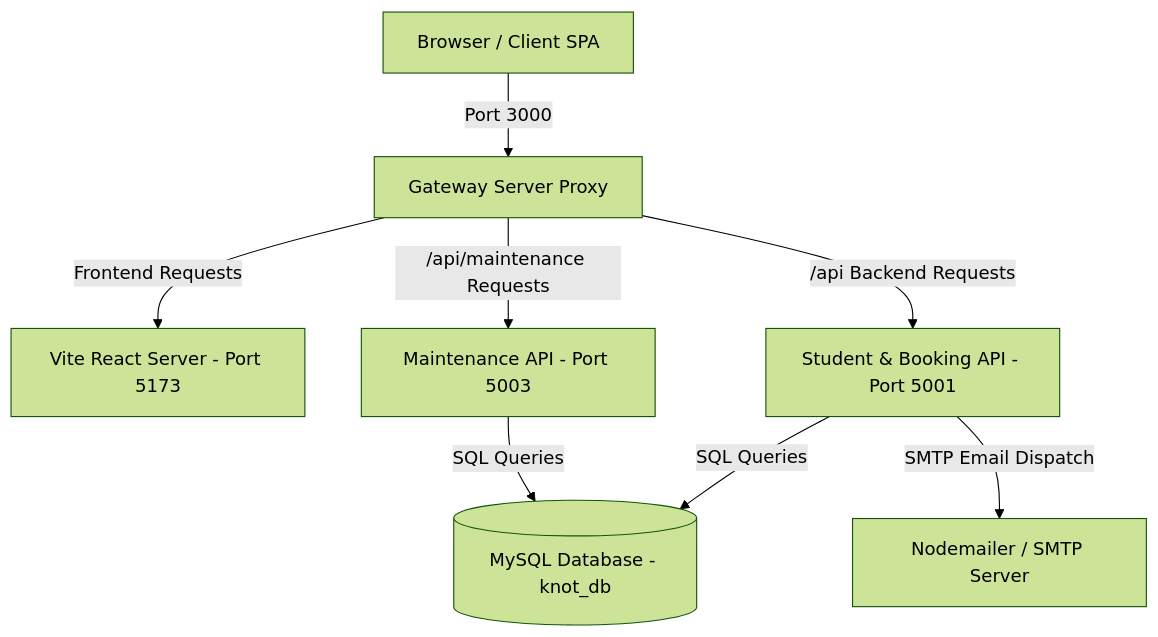
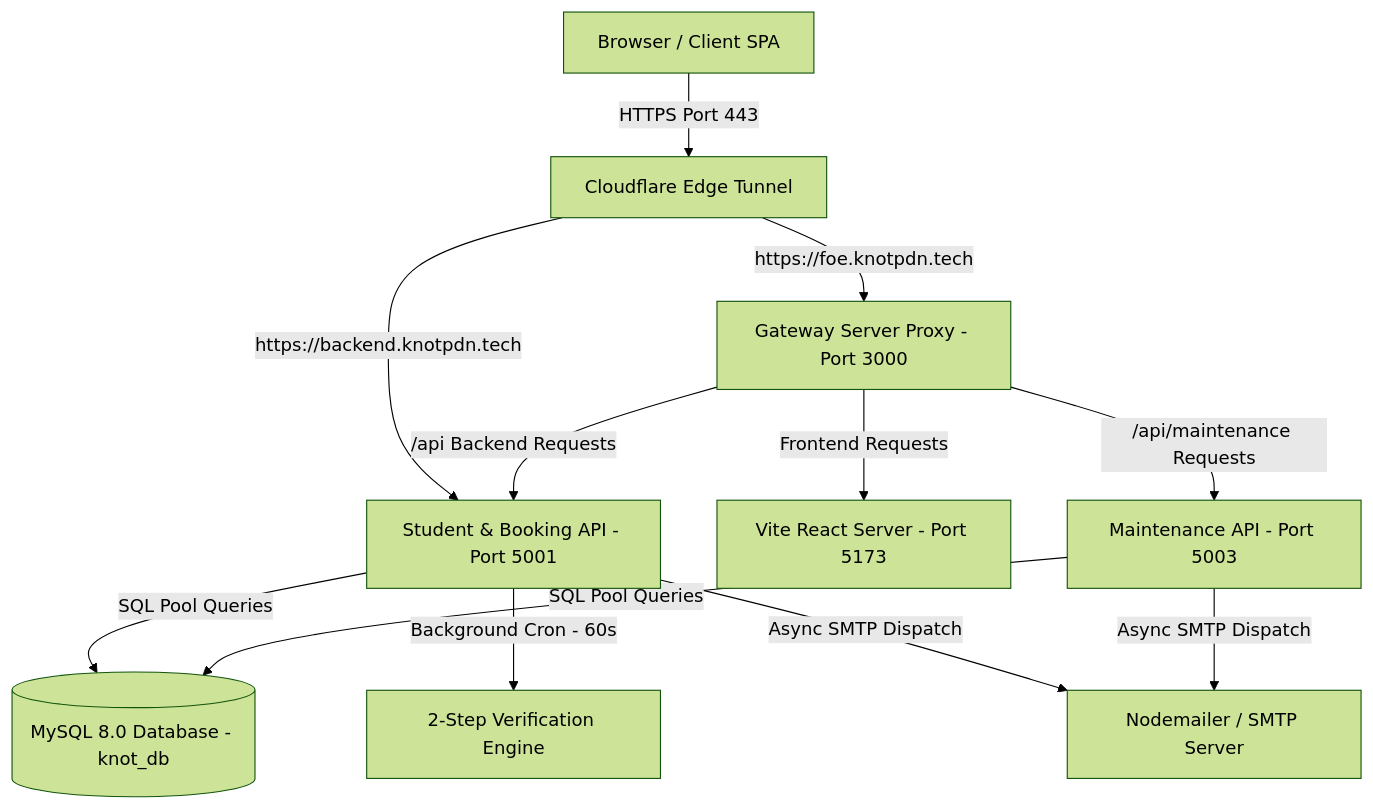
One commit to Agent-X237/e22-co2060-Project-KNOT changed the first of 5 diagrams in docs/DEVELOPER_GUIDE.md. Above: the diagram before and after it, drawn with Mermaid (forest theme). The commit also changed other lines of this file and 10 other files, not shown here.

````diff
--- a/docs/DEVELOPER_GUIDE.md
+++ b/docs/DEVELOPER_GUIDE.md
@@ -30,10 +39,17 @@
 ```mermaid
 graph TD
-    Client[Browser / Client SPA] -->|Port 3000| Gateway[Gateway Server Proxy]
+    Client[Browser / Client SPA] -->|HTTPS Port 443| Cloudflare[Cloudflare Edge Tunnel]
+    Cloudflare -->|https://foe.knotpdn.tech| Gateway[Gateway Server Proxy - Port 3000]
+    Cloudflare -->|https://backend.knotpdn.tech| StudentAPI[Student & Booking API - Port 5001]
+    
     Gateway -->|Frontend Requests| Vite[Vite React Server - Port 5173]
-    Gateway -->|/api Backend Requests| StudentAPI[Student & Booking API - Port 5001]
+    Gateway -->|/api Backend Requests| StudentAPI
     Gateway -->|/api/maintenance Requests| MaintAPI[Maintenance API - Port 5003]
-    StudentAPI -->|SQL Queries| DB[(MySQL Database - knot_db)]
-    MaintAPI -->|SQL Queries| DB
-    StudentAPI -->|SMTP Email Dispatch| Email[Nodemailer / SMTP Server]
+    
+    StudentAPI -->|SQL Pool Queries| DB[(MySQL 8.0 Database - knot_db)]
+    MaintAPI -->|SQL Pool Queries| DB
+    
+    StudentAPI -->|Background Cron - 60s| VerificationEngine[2-Step Verification Engine]
+    StudentAPI -->|Async SMTP Dispatch| Email[Nodemailer / SMTP Server]
+    MaintAPI -->|Async SMTP Dispatch| Email
 ```
````
